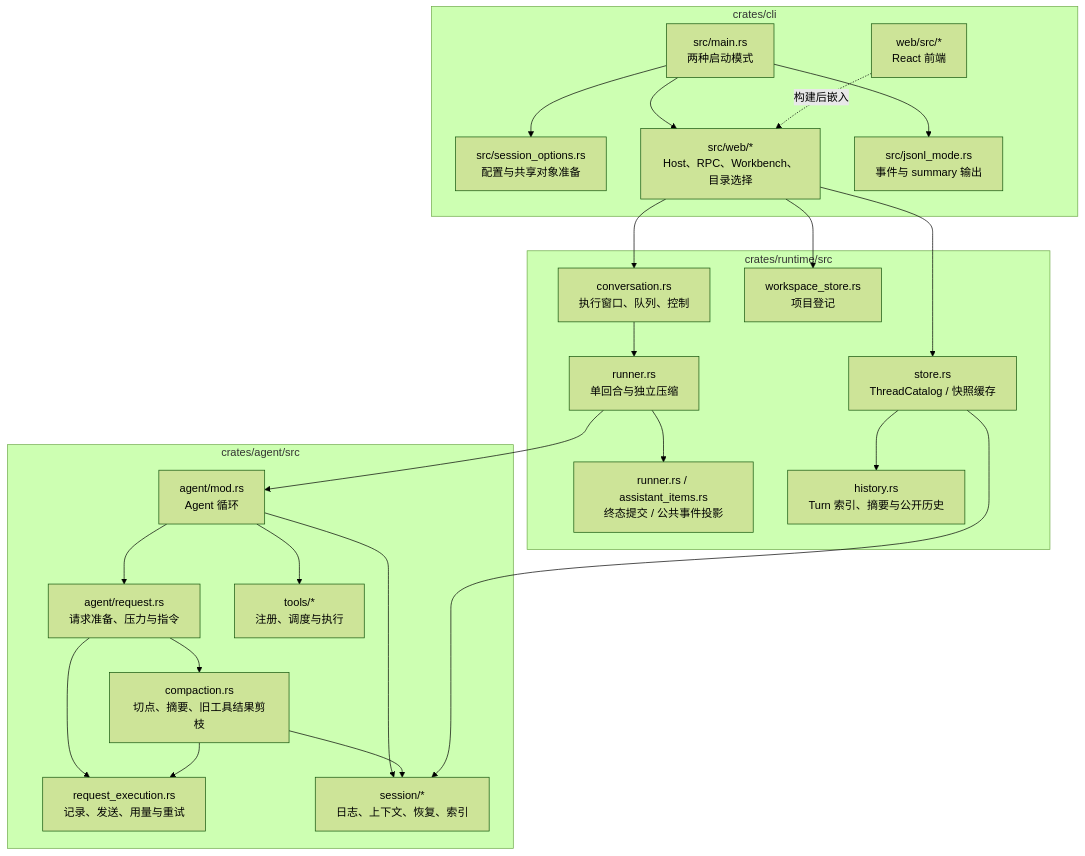
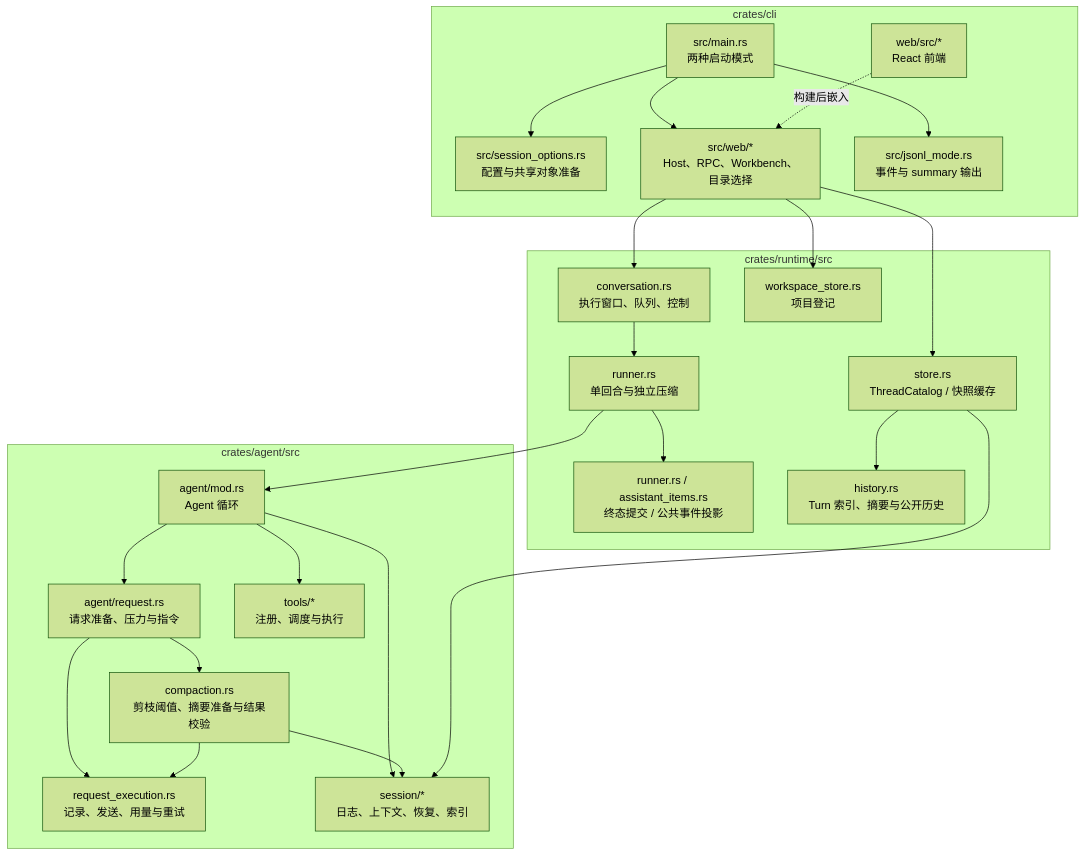
The third of 29 diagrams in docs/singularity.md (qjcnmd/singularity-agent), drawn with Mermaid (forest theme) before and after one commit. The commit also changed other lines of this file and 10 other files, not shown here.

````diff
--- a/docs/singularity.md
+++ b/docs/singularity.md
@@ -73,29 +73,29 @@
 ```mermaid
 flowchart TB
     subgraph CliSource["crates/cli"]
         Main["src/main.rs<br/>两种启动模式"] --> Setup["src/session_options.rs<br/>配置与共享对象准备"]
         Main --> Web["src/web/*<br/>Host、RPC、Workbench、目录选择"]
         Main --> JSONL["src/jsonl_mode.rs<br/>事件与 summary 输出"]
         Front["web/src/*<br/>React 前端"] -. "构建后嵌入" .-> Web
     end
     subgraph RuntimeSource["crates/runtime/src"]
         Conv["conversation.rs<br/>执行窗口、队列、控制"] --> Run["runner.rs<br/>单回合与独立压缩"]
         Run --> Terminal["runner.rs / assistant_items.rs<br/>终态提交 / 公共事件投影"]
         Catalog["store.rs<br/>ThreadCatalog / 快照缓存"] --> History["history.rs<br/>Turn 索引、摘要与公开历史"]
         WS["workspace_store.rs<br/>项目登记"]
     end
     subgraph AgentSource["crates/agent/src"]
         Loop["agent/mod.rs<br/>Agent 循环"] --> Requests["agent/request.rs<br/>请求准备、压力与指令"]
         Loop --> Tool["tools/*<br/>注册、调度与执行"]
-        Requests --> Compact["compaction.rs<br/>切点、摘要、旧工具结果剪枝"]
+        Requests --> Compact["compaction.rs<br/>剪枝阈值、摘要准备与结果校验"]
         Requests --> Execute["request_execution.rs<br/>记录、发送、用量与重试"]
         Compact --> Execute
         Loop --> Sessions["session/*<br/>日志、上下文、恢复、索引"]
         Compact --> Sessions
     end
     Web --> Conv
     Web --> Catalog
     Web --> WS
     Run --> Loop
     Catalog --> Sessions
 ```
````
